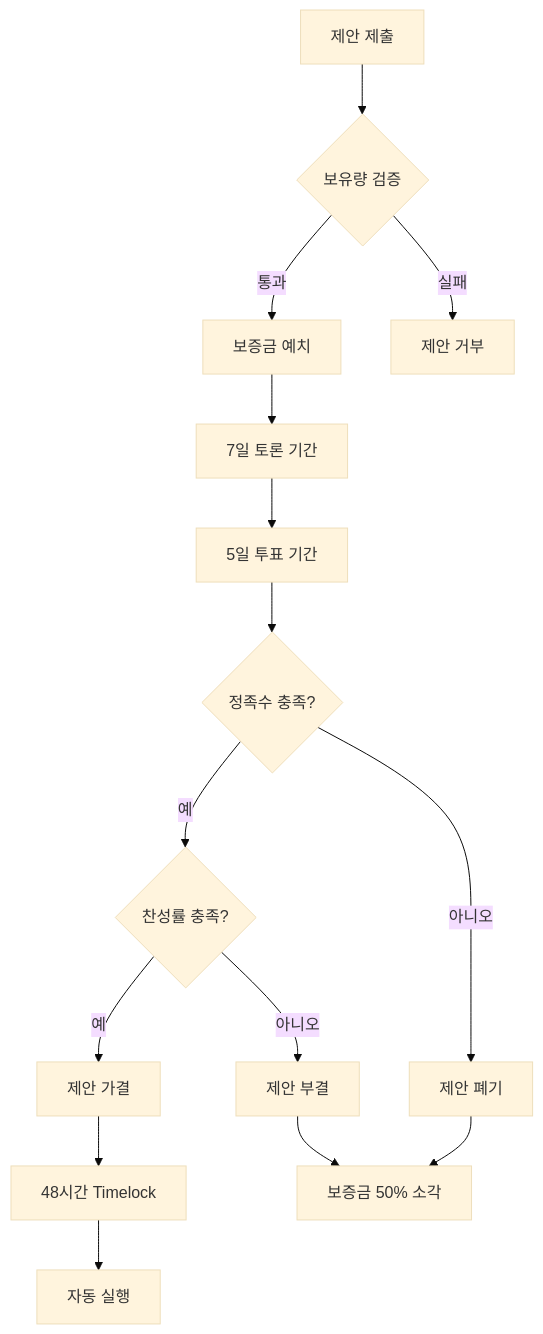
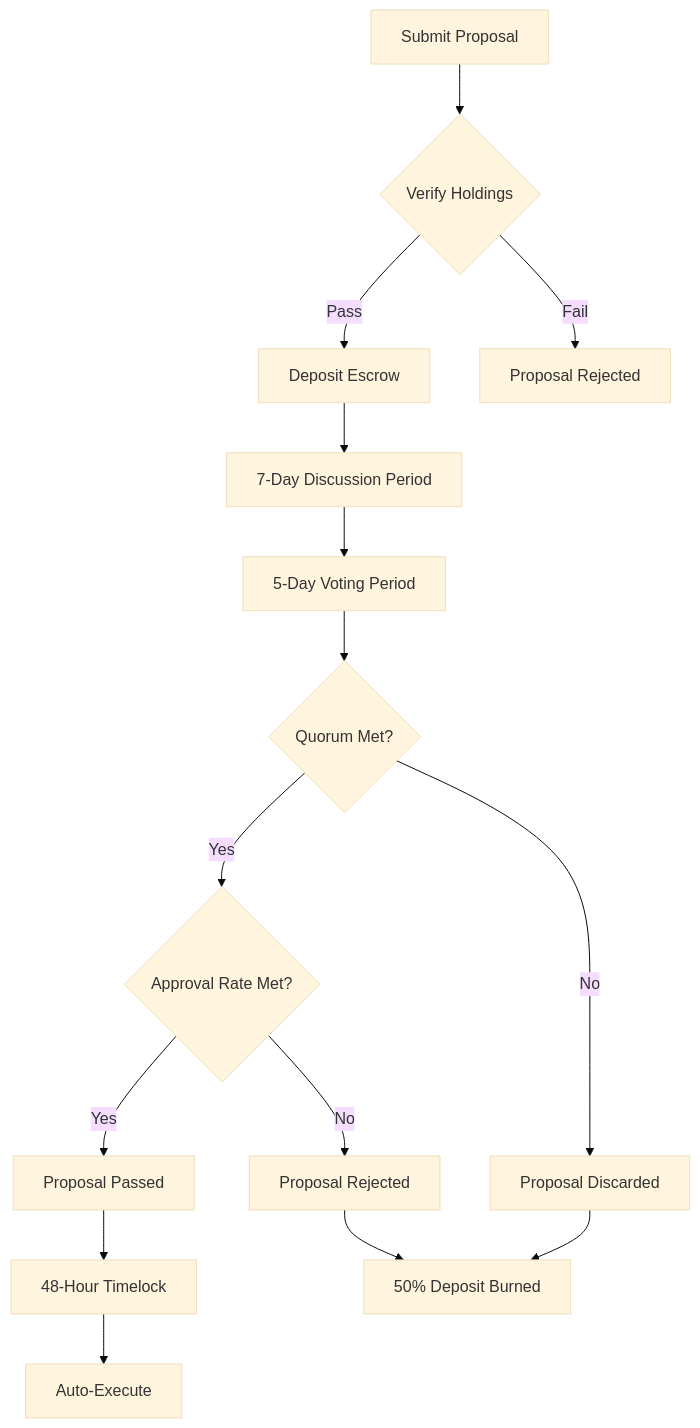
The diagram in governance/dao.md (efgagfecdb/12cycle), drawn with Mermaid (base theme) before and after one commit. The commit also changed other lines of this file and 8 other files, not shown here.

````diff
--- a/governance/dao.md
+++ b/governance/dao.md
@@ -113,17 +113,17 @@
 ```mermaid
 graph TD
-    A[제안 제출] --> B{보유량 검증}
-    B -->|통과| C[보증금 예치]
-    B -->|실패| Z[제안 거부]
-    C --> D[7일 토론 기간]
-    D --> E[5일 투표 기간]
-    E --> F{정족수 충족?}
-    F -->|예| G{찬성률 충족?}
-    F -->|아니오| H[제안 폐기]
-    G -->|예| I[제안 가결]
-    G -->|아니오| J[제안 부결]
-    I --> K[48시간 Timelock]
-    K --> L[자동 실행]
-    H --> M[보증금 50% 소각]
+    A[Submit Proposal] --> B{Verify Holdings}
+    B -->|Pass| C[Deposit Escrow]
+    B -->|Fail| Z[Proposal Rejected]
+    C --> D[7-Day Discussion Period]
+    D --> E[5-Day Voting Period]
+    E --> F{Quorum Met?}
+    F -->|Yes| G{Approval Rate Met?}
+    F -->|No| H[Proposal Discarded]
+    G -->|Yes| I[Proposal Passed]
+    G -->|No| J[Proposal Rejected]
+    I --> K[48-Hour Timelock]
+    K --> L[Auto-Execute]
+    H --> M[50% Deposit Burned]
     J --> M
 ```
````
